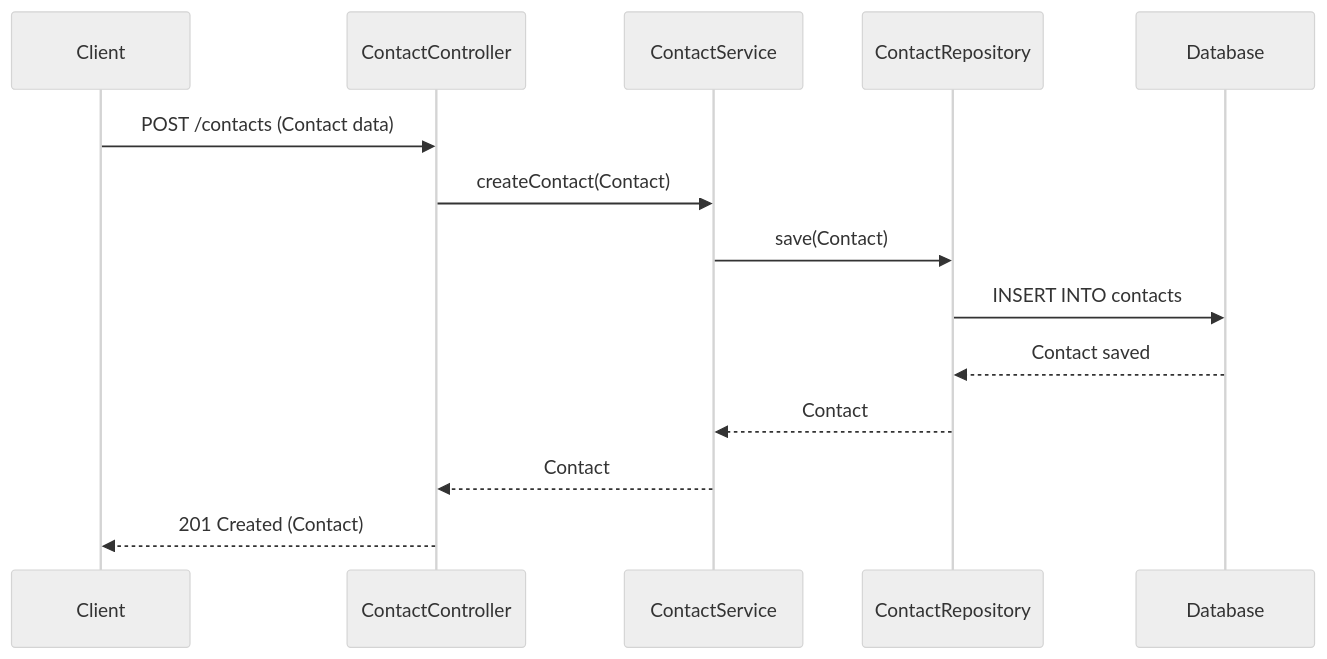
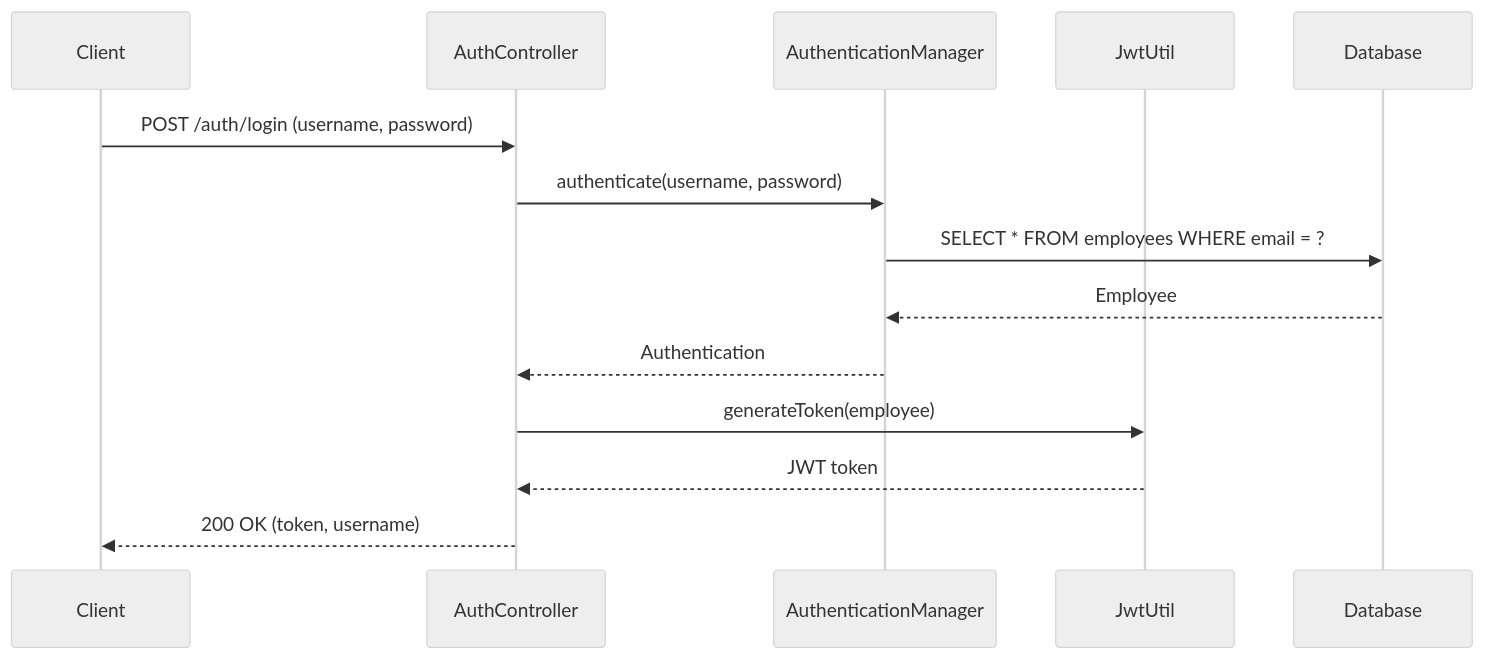
The first of 4 diagrams in employeeapi/docs/diagrams/sequence-diagram.md (dreeemchaser/ContactApp), drawn with Mermaid (neutral theme) before and after one commit. The commit also changed other lines of this file and 18 other files, not shown here.

Commit message:
docs: update all documentation and config to reflect contactAPI → EmployeeHub migration

````diff
--- a/employeeapi/docs/diagrams/sequence-diagram.md
+++ b/employeeapi/docs/diagrams/sequence-diagram.md
@@ -5,17 +5,17 @@
 ```mermaid
 sequenceDiagram
     participant Client
-    participant ContactController
-    participant ContactService
-    participant ContactRepository
+    participant AuthController
+    participant AuthenticationManager
+    participant JwtUtil
     participant Database
 
-    Client->>ContactController: POST /contacts (Contact data)
-    ContactController->>ContactService: createContact(Contact)
-    ContactService->>ContactRepository: save(Contact)
-    ContactRepository->>Database: INSERT INTO contacts
-    Database-->>ContactRepository: Contact saved
-    ContactRepository-->>ContactService: Contact
-    ContactService-->>ContactController: Contact
-    ContactController-->>Client: 201 Created (Contact)
+    Client->>AuthController: POST /auth/login (username, password)
+    AuthController->>AuthenticationManager: authenticate(username, password)
+    AuthenticationManager->>Database: SELECT * FROM employees WHERE email = ?
+    Database-->>AuthenticationManager: Employee
+    AuthenticationManager-->>AuthController: Authentication
+    AuthController->>JwtUtil: generateToken(employee)
+    JwtUtil-->>AuthController: JWT token
+    AuthController-->>Client: 200 OK (token, username)
 ```
````
